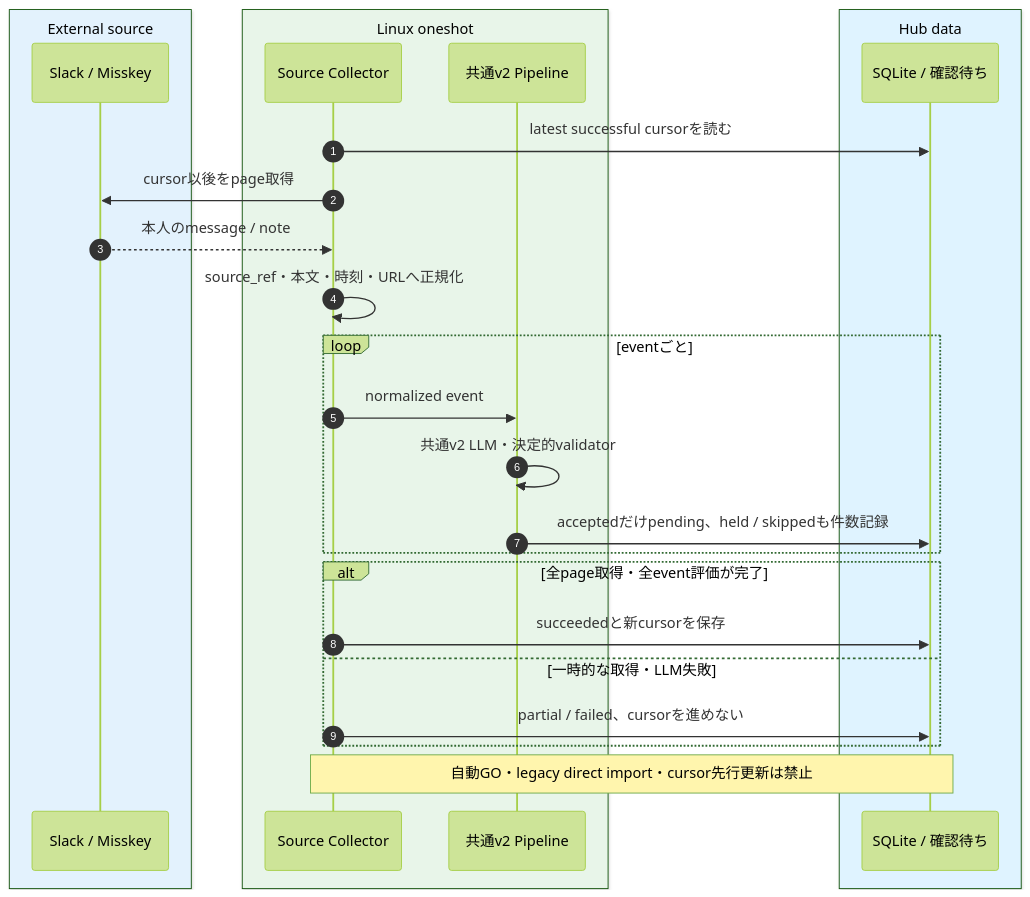
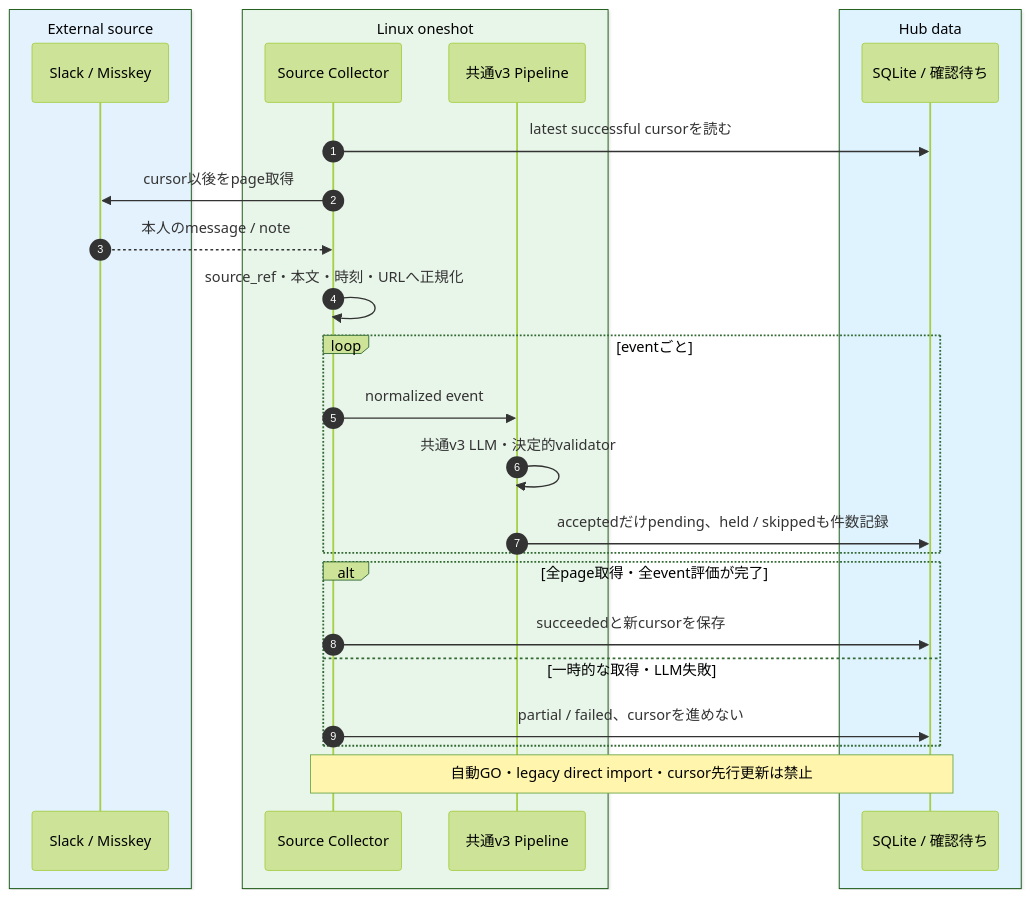
The diagram in docs/arch/linux-periodic-intake-architecture.md (rohto4/my-pj-general), drawn with Mermaid (forest theme) before and after one commit. The commit also changed other lines of this file and 34 other files, not shown here.

````diff
--- a/docs/arch/linux-periodic-intake-architecture.md
+++ b/docs/arch/linux-periodic-intake-architecture.md
@@ -76,31 +76,31 @@
 ```mermaid
 sequenceDiagram
     autonumber
     box rgb(227, 242, 253) External source
         participant S as Slack / Misskey
     end
     box rgb(232, 245, 233) Linux oneshot
         participant C as Source Collector
-        participant P as 共通v2 Pipeline
+        participant P as 共通v3 Pipeline
     end
     box rgb(223, 243, 255) Hub data
         participant D as SQLite / 確認待ち
     end
 
     C->>D: latest successful cursorを読む
     C->>S: cursor以後をpage取得
     S-->>C: 本人のmessage / note
     C->>C: source_ref・本文・時刻・URLへ正規化
     loop eventごと
         C->>P: normalized event
-        P->>P: 共通v2 LLM・決定的validator
+        P->>P: 共通v3 LLM・決定的validator
         P->>D: acceptedだけpending、held / skippedも件数記録
     end
     alt 全page取得・全event評価が完了
         C->>D: succeededと新cursorを保存
     else 一時的な取得・LLM失敗
         C->>D: partial / failed、cursorを進めない
     end
 
     Note over C,D: 自動GO・legacy direct import・cursor先行更新は禁止
 ```
````
